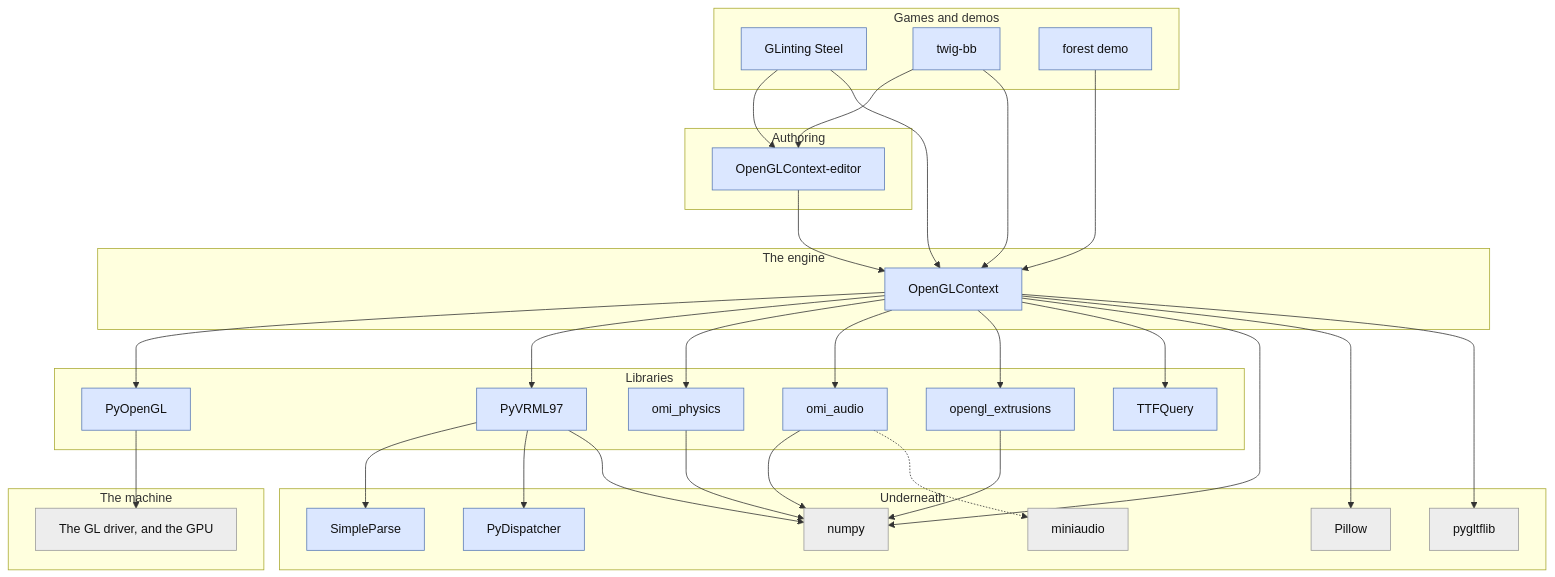
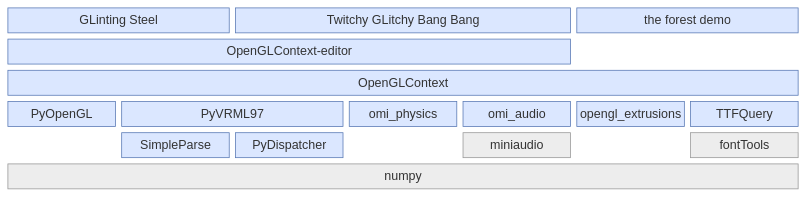
The diagram in docs/structure.rst (mcfletch/openglcontext), drawn with Mermaid before and after one commit. The commit also changed other lines of this file, not shown here.

Commit message:
DOCS The overview is a layer diagram rather than a graph
Boxes on what they are built on, no arrows: the games and demos across the
top, the editor under the two that use it, the engine spanning the width, the
libraries side by side under it, each one's own dependencies under it in turn,
and numpy across the bottom, which everything above reaches in the end.
Blue is ours and grey is somebody else's; `miniaudio` is the one optional
box.  Twitchy GLitchy Bang Bang is under its own name.

A mermaid `block-beta` diagram, which is the grid-and-span form rather than a
graph the layout engine arranges for itself.  Parsed and rendered with mermaid
itself before publishing, and the rendered grid read back row by row.

Claude-Session: https://claude.ai/code/session_01EwL4MtTjUQKWngW9RCBV3n

```diff
--- a/docs/structure.rst
+++ b/docs/structure.rst
@@ -10,68 +9,36 @@
 .. mermaid::
 
-   flowchart TD
+   block-beta
+       columns 7
+
+       glisteel["GLinting Steel"]:2
+       twig["Twitchy GLitchy Bang Bang"]:3
+       forest["the forest demo"]:2
+
+       editor["OpenGLContext-editor"]:5
+       space:2
+
+       oglc["OpenGLContext"]:7
+
+       pyopengl["PyOpenGL"]:1
+       vrml["PyVRML97"]:2
+       omip["omi_physics"]:1
+       omia["omi_audio"]:1
+       ext["opengl_extrusions"]:1
+       ttf["TTFQuery"]:1
+
+       space:1
+       simple["SimpleParse"]:1
+       dispatch["PyDispatcher"]:1
+       space:1
+       mini["miniaudio"]:1
+       space:1
+       fonttools["fontTools"]:1
+
+       numpy["numpy"]:7
+
        classDef ours fill:#dbe7ff,stroke:#5a7ab5,color:#111
        classDef third fill:#ededed,stroke:#999999,color:#111
 
-       subgraph apps["Games and demos"]
-           glisteel["GLinting Steel"]
-           twig["twig-bb"]
-           forest["forest demo"]
-       end
-
-       subgraph authoring["Authoring"]
-           editor["OpenGLContext-editor"]
-       end
-
-       subgraph engine["The engine"]
-           oglc["OpenGLContext"]
-       end
-
-       subgraph libs["Libraries"]
-           pyopengl["PyOpenGL"]
-           vrml["PyVRML97"]
-           omip["omi_physics"]
-           omia["omi_audio"]
-           ext["opengl_extrusions"]
-           ttf["TTFQuery"]
-       end
-
-       subgraph base["Underneath"]
-           simple["SimpleParse"]
-           dispatch["PyDispatcher"]
-           numpy["numpy"]
-           pillow["Pillow"]
-           gltflib["pygltflib"]
-           miniaudio["miniaudio"]
-       end
-
-       subgraph metal["The machine"]
-           driver["The GL driver, and the GPU"]
-       end
-
-       glisteel --> editor
-       glisteel --> oglc
-       twig --> editor
-       twig --> oglc
-       forest --> oglc
-       editor --> oglc
-       oglc --> pyopengl
-       oglc --> vrml
-       oglc --> omip
-       oglc --> omia
-       oglc --> ext
-       oglc --> ttf
-       oglc --> numpy
-       oglc --> pillow
-       oglc --> gltflib
-       vrml --> simple
-       vrml --> dispatch
-       vrml --> numpy
-       omip --> numpy
-       omia --> numpy
-       omia -.-> miniaudio
-       ext --> numpy
-       pyopengl --> driver
-
        class glisteel,twig,forest,editor,oglc,pyopengl,vrml,omip,omia,ext,ttf,simple,dispatch ours
-       class numpy,pillow,gltflib,miniaudio,driver third
+       class mini,fonttools,numpy third
```
